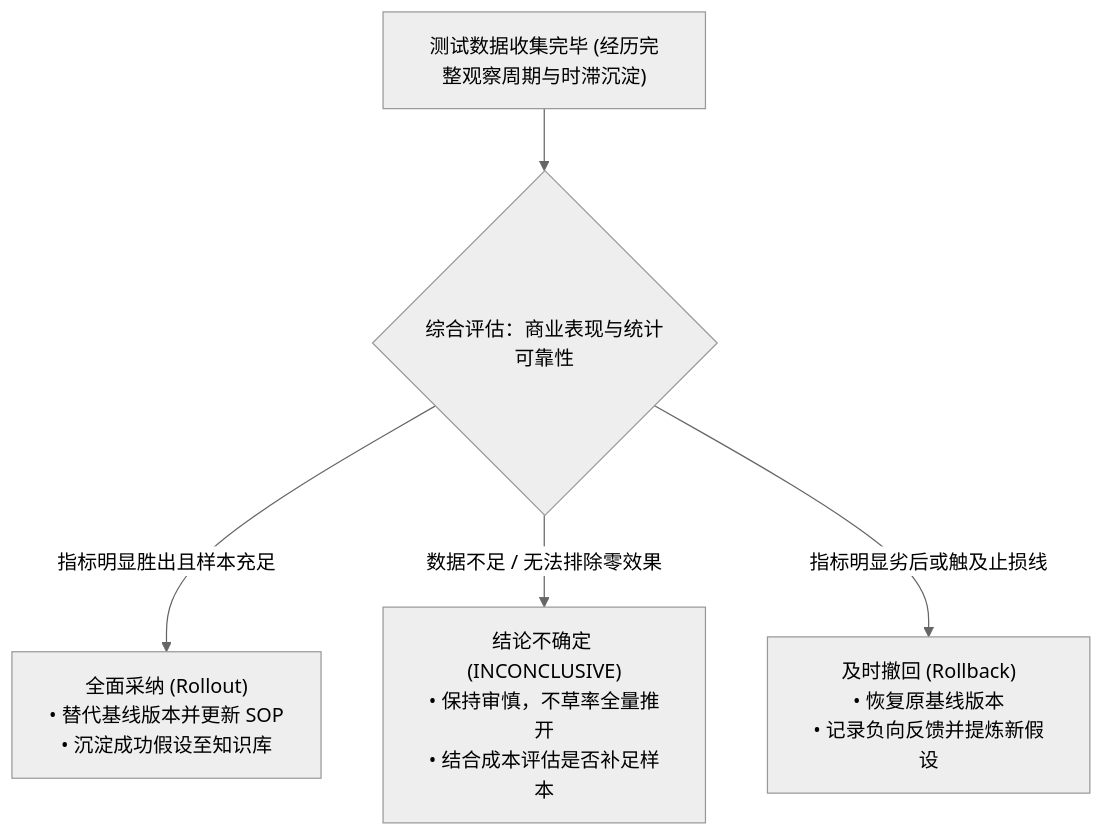
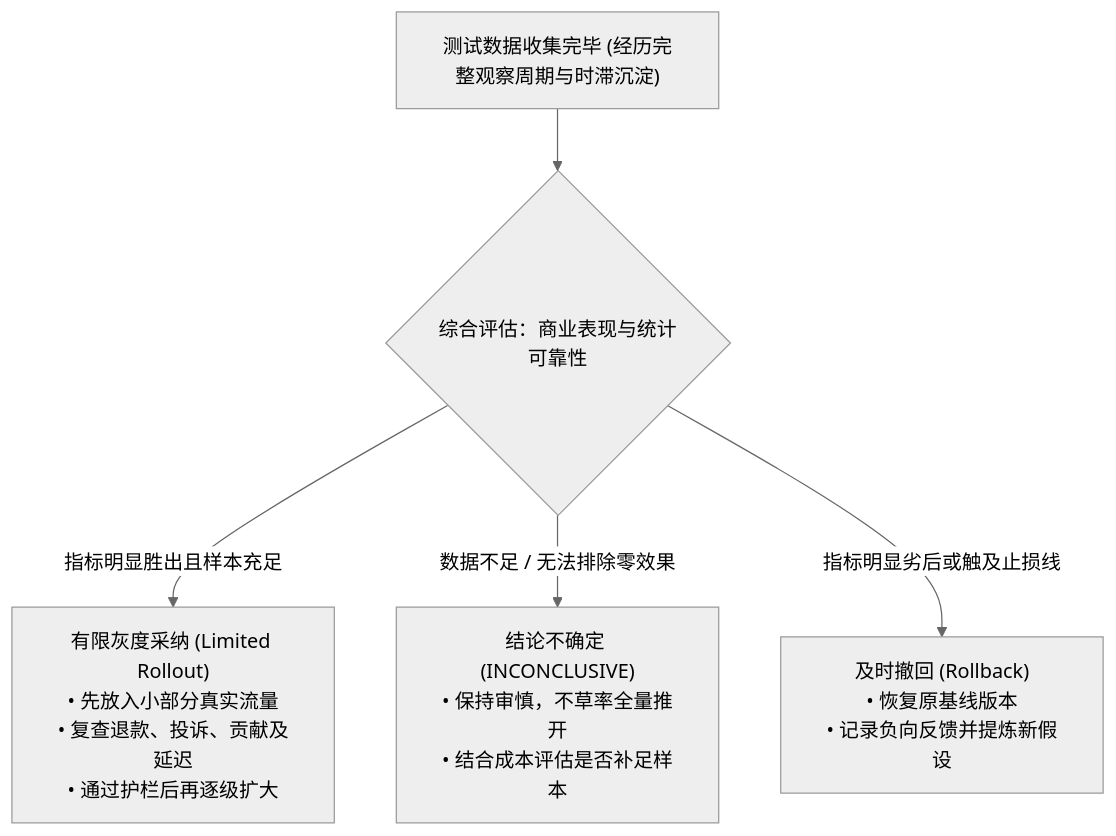
The fifth of 10 diagrams in cross-border-business/05-acquisition-growth/docs/CHAPTER6_FINAL_SEALED.md (entropy-student/project), drawn with Mermaid (neutral theme) before and after one commit. The commit also changed other lines of this file and 8 other files, not shown here.

````diff
--- a/cross-border-business/05-acquisition-growth/docs/CHAPTER6_FINAL_SEALED.md
+++ b/cross-border-business/05-acquisition-growth/docs/CHAPTER6_FINAL_SEALED.md
@@ -153,8 +155,8 @@
 ```mermaid
 flowchart TD
     Data["测试数据收集完毕 (经历完整观察周期与时滞沉淀)"] --> Eval{"综合评估：商业表现与统计可靠性"}
 
-    Eval -- "指标明显胜出且样本充足" --> Rollout["全面采纳 (Rollout)<br/>• 替代基线版本并更新 SOP<br/>• 沉淀成功假设至知识库"]
+    Eval -- "指标明显胜出且样本充足" --> Rollout["有限灰度采纳 (Limited Rollout)<br/>• 先放入小部分真实流量<br/>• 复查退款、投诉、贡献及延迟<br/>• 通过护栏后再逐级扩大"]
     Eval -- "数据不足 / 无法排除零效果" --> Inconclusive["结论不确定 (INCONCLUSIVE)<br/>• 保持审慎，不草率全量推开<br/>• 结合成本评估是否补足样本"]
     Eval -- "指标明显劣后或触及止损线" --> Rollback["及时撤回 (Rollback)<br/>• 恢复原基线版本<br/>• 记录负向反馈并提炼新假设"]
 ```
````
